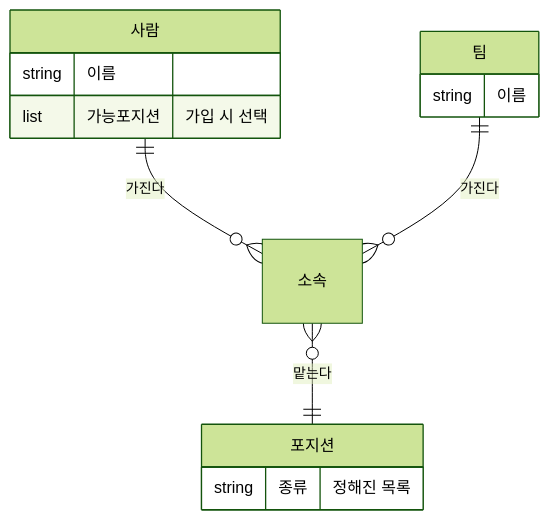
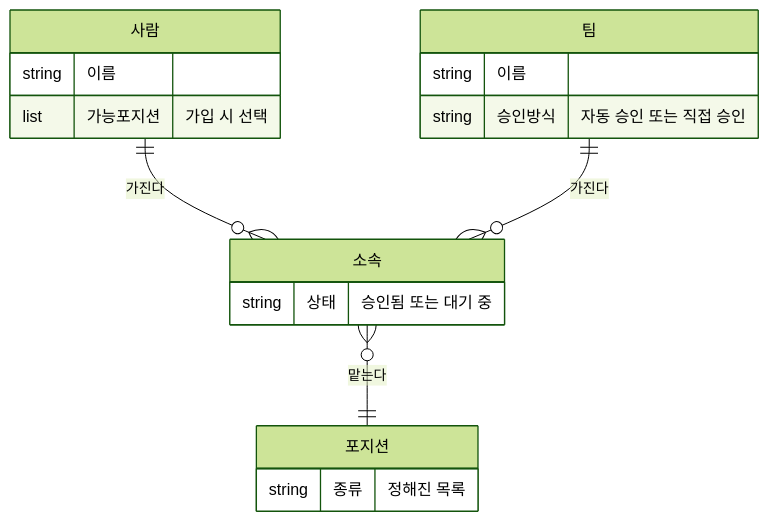
One commit to minkong-dev/Banblit changed the diagram in .cluedoc/teams/README.md. Above: the diagram before and after it, drawn with Mermaid (forest theme). The commit also changed other lines of this file and 11 other files, not shown here.

````diff
--- a/.cluedoc/teams/README.md
+++ b/.cluedoc/teams/README.md
@@ -12,12 +18,18 @@
 ```mermaid
 erDiagram
     사람 ||--o{ 소속 : "가진다"
     팀 ||--o{ 소속 : "가진다"
     소속 }o--|| 포지션 : "맡는다"
     사람 {
         string 이름
         list 가능포지션 "가입 시 선택"
     }
-    팀 { string 이름 }
+    팀 {
+        string 이름
+        string 승인방식 "자동 승인 또는 직접 승인"
+    }
+    소속 {
+        string 상태 "승인됨 또는 대기 중"
+    }
     포지션 { string 종류 "정해진 목록" }
 ```
````
